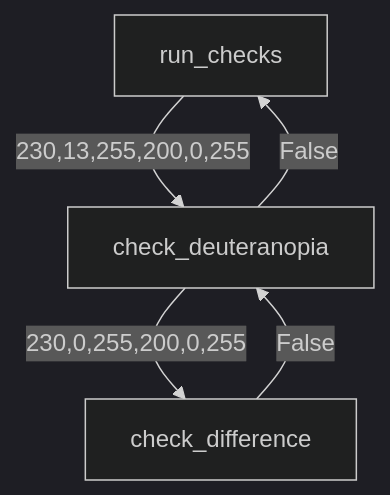
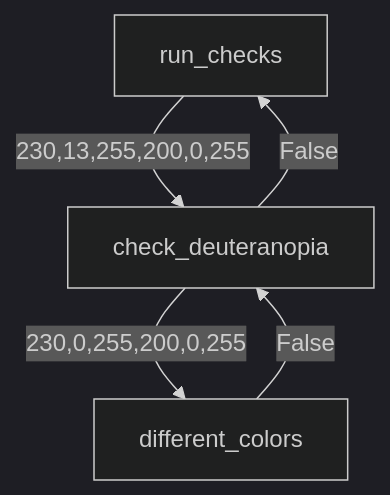
The third of 8 diagrams in instructions/ColorTestorDesign.md (CS5001-khoury/hw03), drawn with Mermaid (dark theme) before and after one commit. The commit also changed other lines of this file and 1 other file, not shown here.

````diff
--- a/instructions/ColorTestorDesign.md
+++ b/instructions/ColorTestorDesign.md
@@ -89,7 +89,7 @@
 ```mermaid
 flowchart TD
     run_checks -- 230,13,255,200,0,255 --> check_deuteranopia
-    check_deuteranopia -- 230,0,255,200,0,255 --> check_difference
-    check_difference -- False --> check_deuteranopia
+    check_deuteranopia -- 230,0,255,200,0,255 --> different_colors
+    different_colors -- False --> check_deuteranopia
     check_deuteranopia -- False --> run_checks
 ```
````
